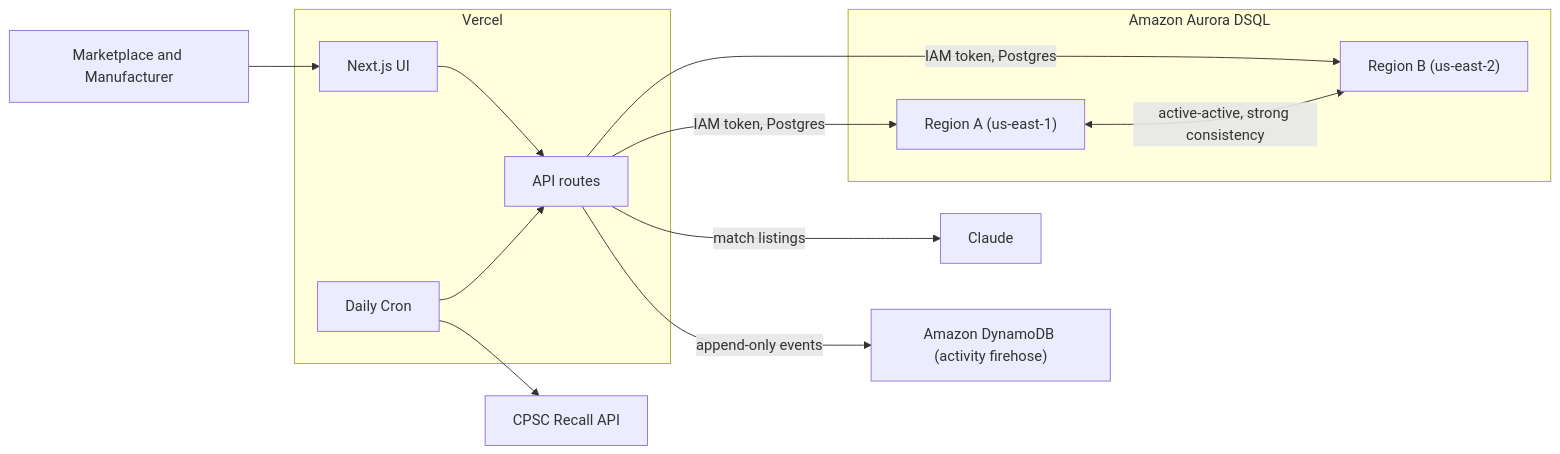
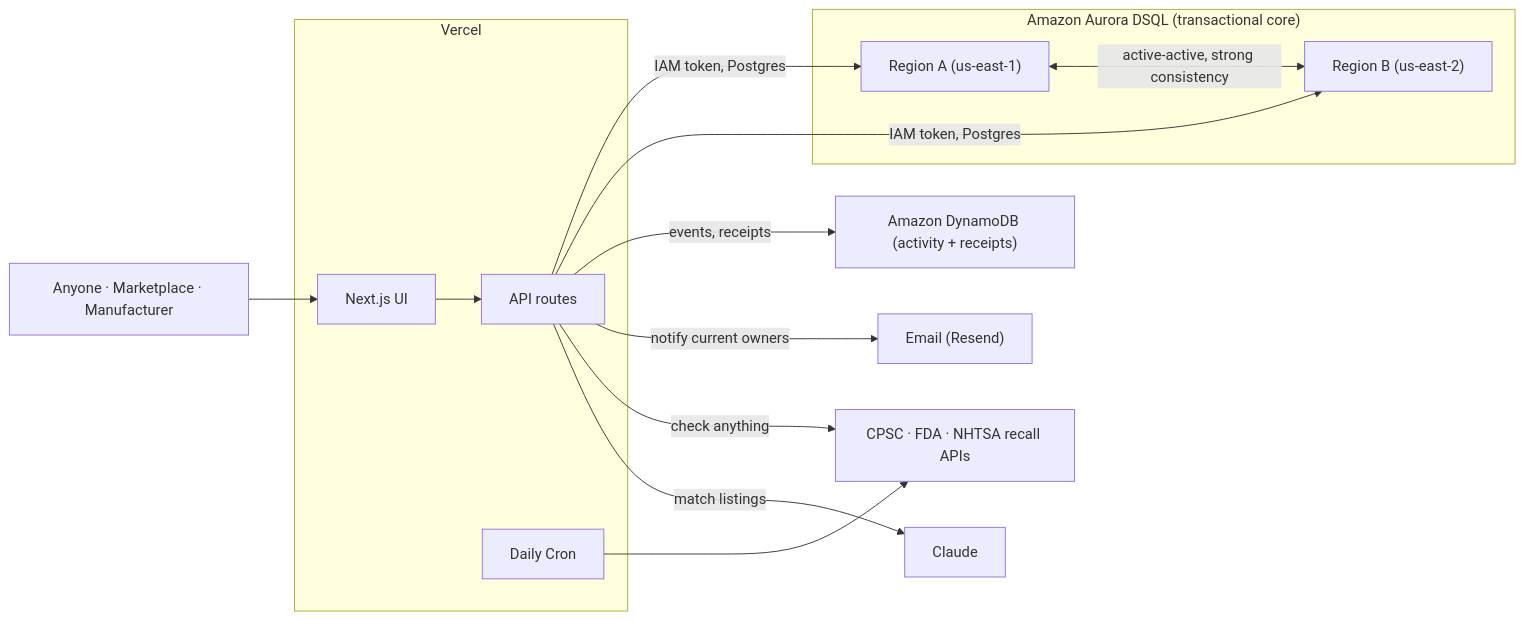
The diagram in README.md (usv240/safestate), drawn with Mermaid before and after one commit. The commit also changed other lines of this file and 1 other file, not shown here.

Commit message:
Update README and architecture for new features and second database

````diff
--- a/README.md
+++ b/README.md
@@ -17,28 +28,30 @@
 ```mermaid
 flowchart LR
-  Users["Marketplace and Manufacturer"]
+  Users["Anyone · Marketplace · Manufacturer"]
 
   subgraph Vercel
     UI["Next.js UI"]
     API["API routes"]
     Cron["Daily Cron"]
   end
 
-  subgraph DSQL["Amazon Aurora DSQL"]
+  subgraph DSQL["Amazon Aurora DSQL (transactional core)"]
     A["Region A (us-east-1)"]
     B["Region B (us-east-2)"]
   end
 
-  CPSC["CPSC Recall API"]
+  DDB["Amazon DynamoDB (activity + receipts)"]
+  Recalls["CPSC · FDA · NHTSA recall APIs"]
   Claude["Claude"]
-  DDB["Amazon DynamoDB (activity firehose)"]
+  Email["Email (Resend)"]
 
   Users --> UI --> API
   API -->|"IAM token, Postgres"| A
   API -->|"IAM token, Postgres"| B
   A <-->|"active-active, strong consistency"| B
-  API -->|"append-only events"| DDB
-  Cron --> CPSC
-  Cron --> API
+  API -->|"events, receipts"| DDB
+  API -->|"notify current owners"| Email
+  API -->|"check anything"| Recalls
+  Cron --> Recalls
   API -->|"match listings"| Claude
 ```
````
